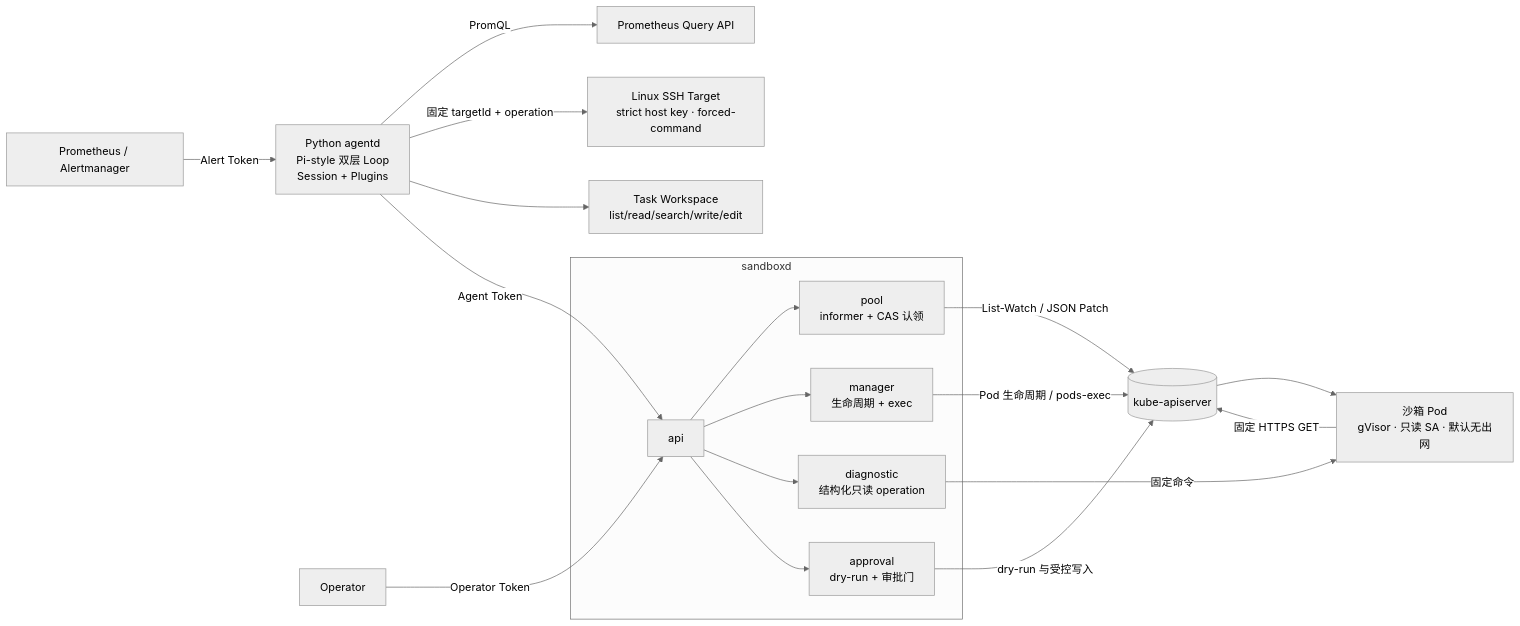
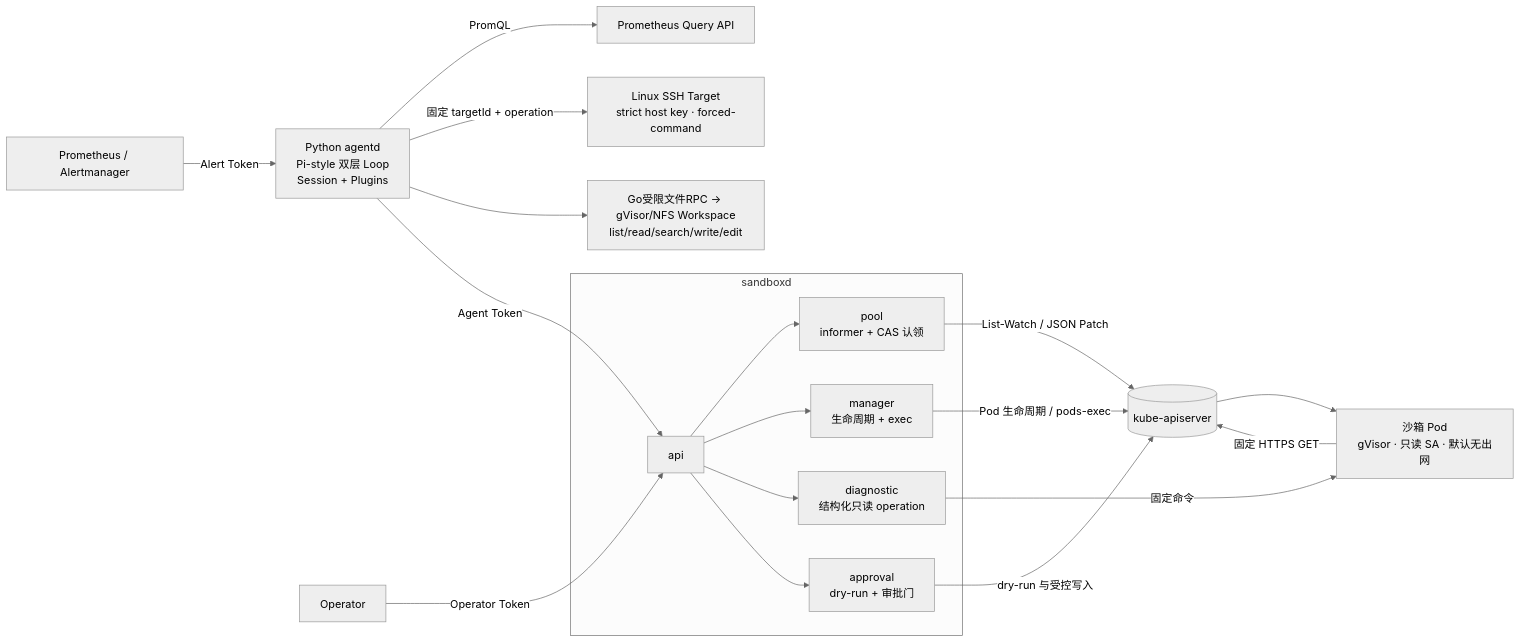
The first of 2 diagrams in README.md (chx739/sandboxd), drawn with Mermaid (neutral theme) before and after one commit. The commit also changed other lines of this file and 41 other files, not shown here.

Commit message:
feat: connect durable task recovery and verify real NFS pod handoff

````diff
--- a/README.md
+++ b/README.md
@@ -20,21 +22,21 @@
 ```mermaid
 graph LR
     AM["Prometheus / Alertmanager"] -->|Alert Token| Agentd["Python agentd<br/>Pi-style 双层 Loop<br/>Session + Plugins"]
     Agentd -->|PromQL| Prom["Prometheus Query API"]
     Agentd -->|固定 targetId + operation| SSH["Linux SSH Target<br/>strict host key · forced-command"]
-    Agentd --> WS["Task Workspace<br/>list/read/search/write/edit"]
+    Agentd --> WS["Go受限文件RPC → gVisor/NFS Workspace<br/>list/read/search/write/edit"]
     Agentd -->|Agent Token| API
     Operator["Operator"] -->|Operator Token| API
     subgraph sandboxd
         API[api] --> Pool["pool<br/>informer + CAS 认领"]
         API --> Mgr["manager<br/>生命周期 + exec"]
         API --> Diag["diagnostic<br/>结构化只读 operation"]
         API --> Gate["approval<br/>dry-run + 审批门"]
     end
     Pool -->|List-Watch / JSON Patch| K8s[(kube-apiserver)]
     Mgr -->|Pod 生命周期 / pods-exec| K8s
     Gate -->|dry-run 与受控写入| K8s
     K8s --> SB["沙箱 Pod<br/>gVisor · 只读 SA · 默认无出网"]
     Diag -->|固定命令| SB
     SB -->|固定 HTTPS GET| K8s
 ```
````
